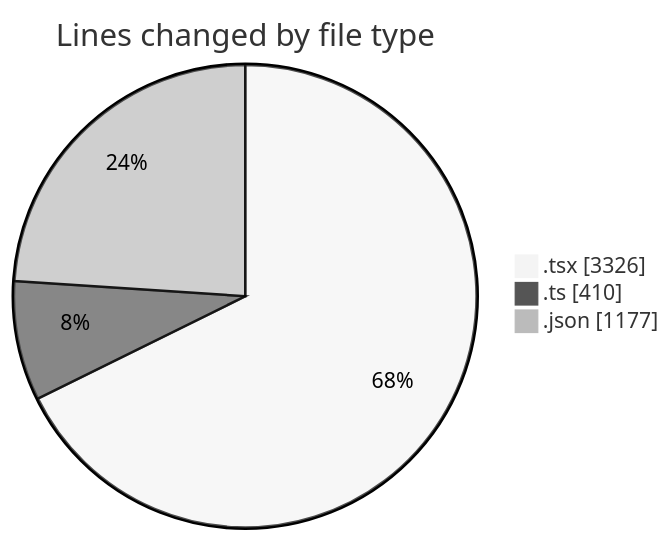
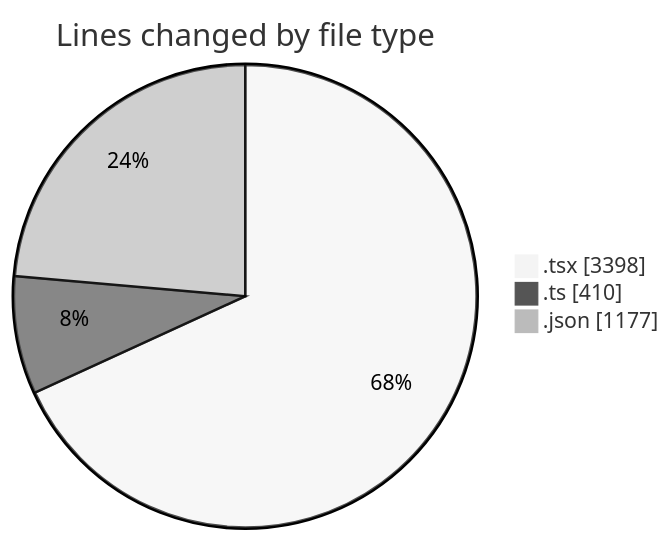
The first of 2 diagrams in 2025-03-07/mbc-web/README.md (robertbonfada/code-tracking), drawn with Mermaid (neutral theme) before and after one commit. The commit also changed other lines of this file and 1 other file, not shown here.

````diff
--- a/2025-03-07/mbc-web/README.md
+++ b/2025-03-07/mbc-web/README.md
@@ -33,7 +34,7 @@
 ```mermaid
 pie showData
 title Lines changed by file type
-".tsx" : 3326
+".tsx" : 3398
 ".ts" : 410
 ".json" : 1177
 ```
````
